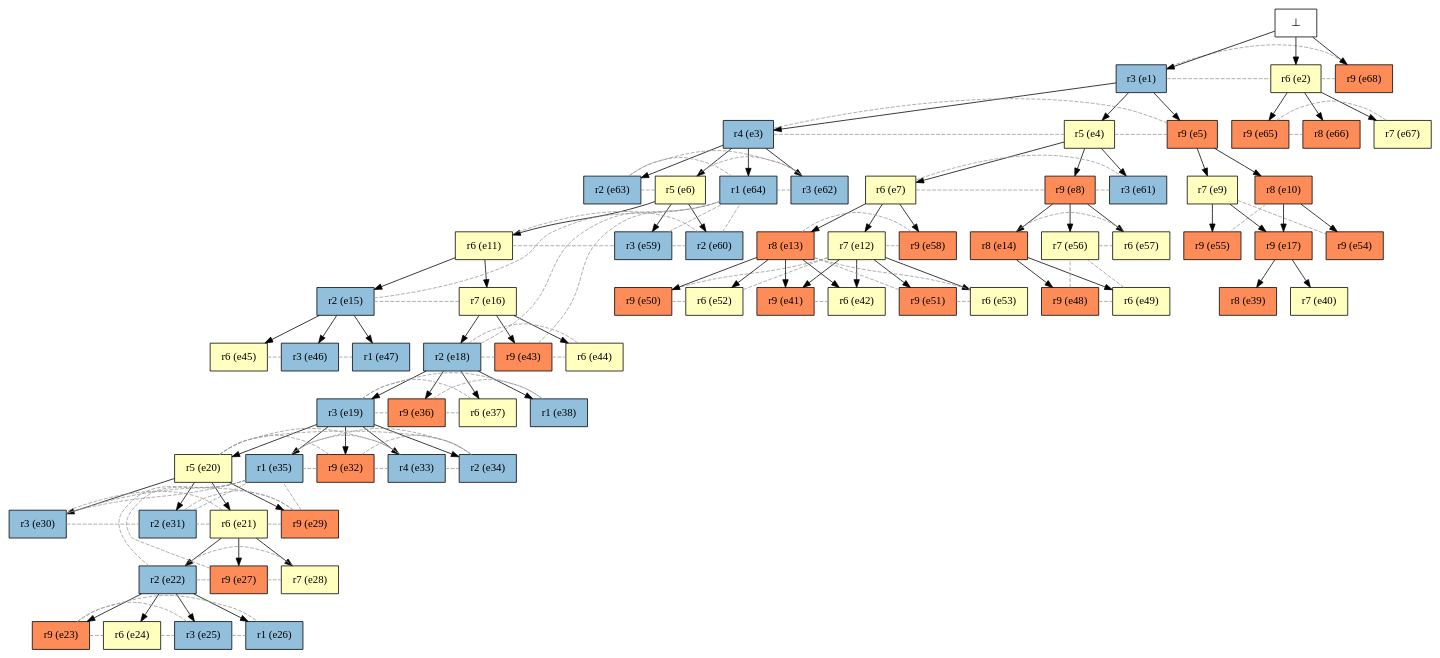
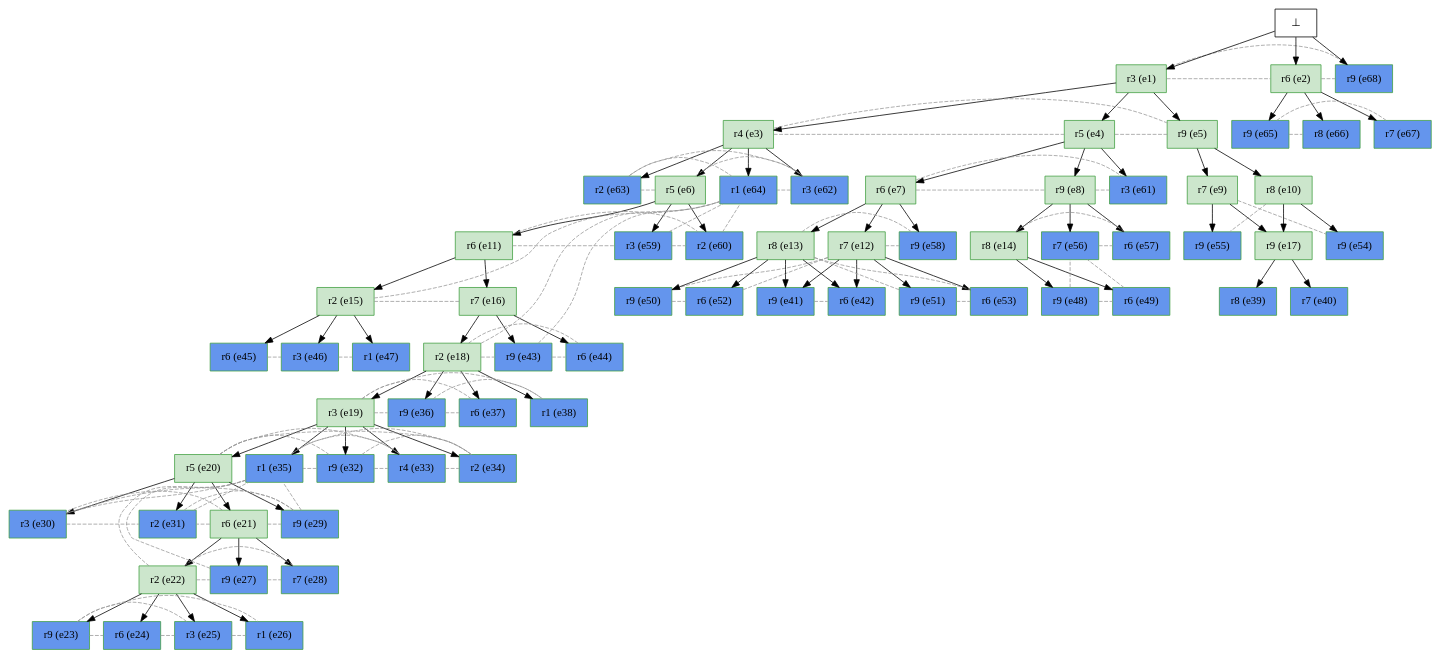
One commit to giannkas/ecofolder changed the diagram in examples/termites/termites_pr_eg_unf.dot. Above: the diagram before and after it, drawn with Graphviz. The commit also changed 13 other files, not shown here.

```diff
--- a/examples/termites/termites_pr_eg_unf.dot
+++ b/examples/termites/termites_pr_eg_unf.dot
@@ -152,73 +152,73 @@
   e65 -> e66 [arrowhead=none color=gray60 style=dashed constraint=false];
   e65 -> e67 [arrowhead=none color=gray60 style=dashed constraint=false];
 
-  e1 [color="black" fillcolor="#91bfdc" label="r3 (e1)" shape=box style=filled];
-  e2 [color="black" fillcolor="#ffffbf" label="r6 (e2)" shape=box style=filled];
-  e3 [color="black" fillcolor="#91bfdc" label="r4 (e3)" shape=box style=filled];
-  e4 [color="black" fillcolor="#ffffbf" label="r5 (e4)" shape=box style=filled];
-  e5 [color="black" fillcolor="#fd8c59" label="r9 (e5)" shape=box style=filled];
-  e6 [color="black" fillcolor="#ffffbf" label="r5 (e6)" shape=box style=filled];
-  e7 [color="black" fillcolor="#ffffbf" label="r6 (e7)" shape=box style=filled];
-  e8 [color="black" fillcolor="#fd8c59" label="r9 (e8)" shape=box style=filled];
-  e9 [color="black" fillcolor="#ffffbf" label="r7 (e9)" shape=box style=filled];
-  e10 [color="black" fillcolor="#fd8c59" label="r8 (e10)" shape=box style=filled];
-  e11 [color="black" fillcolor="#ffffbf" label="r6 (e11)" shape=box style=filled];
-  e12 [color="black" fillcolor="#ffffbf" label="r7 (e12)" shape=box style=filled];
-  e13 [color="black" fillcolor="#fd8c59" label="r8 (e13)" shape=box style=filled];
-  e14 [color="black" fillcolor="#fd8c59" label="r8 (e14)" shape=box style=filled];
-  e15 [color="black" fillcolor="#91bfdc" label="r2 (e15)" shape=box style=filled];
-  e16 [color="black" fillcolor="#ffffbf" label="r7 (e16)" shape=box style=filled];
-  e17 [color="black" fillcolor="#fd8c59" label="r9 (e17)" shape=box style=filled];
-  e18 [color="black" fillcolor="#91bfdc" label="r2 (e18)" shape=box style=filled];
-  e19 [color="black" fillcolor="#91bfdc" label="r3 (e19)" shape=box style=filled];
-  e20 [color="black" fillcolor="#ffffbf" label="r5 (e20)" shape=box style=filled];
-  e21 [color="black" fillcolor="#ffffbf" label="r6 (e21)" shape=box style=filled];
-  e22 [color="black" fillcolor="#91bfdc" label="r2 (e22)" shape=box style=filled];
-  e23 [color="black" fillcolor="#fd8c59" label="r9 (e23)" shape=box style=filled];
-  e24 [color="black" fillcolor="#ffffbf" label="r6 (e24)" shape=box style=filled];
-  e25 [color="black" fillcolor="#91bfdc" label="r3 (e25)" shape=box style=filled];
-  e26 [color="black" fillcolor="#91bfdc" label="r1 (e26)" shape=box style=filled];
-  e27 [color="black" fillcolor="#fd8c59" label="r9 (e27)" shape=box style=filled];
-  e28 [color="black" fillcolor="#ffffbf" label="r7 (e28)" shape=box style=filled];
-  e29 [color="black" fillcolor="#fd8c59" label="r9 (e29)" shape=box style=filled];
-  e30 [color="black" fillcolor="#91bfdc" label="r3 (e30)" shape=box style=filled];
-  e31 [color="black" fillcolor="#91bfdc" label="r2 (e31)" shape=box style=filled];
-  e32 [color="black" fillcolor="#fd8c59" label="r9 (e32)" shape=box style=filled];
-  e33 [color="black" fillcolor="#91bfdc" label="r4 (e33)" shape=box style=filled];
-  e34 [color="black" fillcolor="#91bfdc" label="r2 (e34)" shape=box style=filled];
-  e35 [color="black" fillcolor="#91bfdc" label="r1 (e35)" shape=box style=filled];
-  e36 [color="black" fillcolor="#fd8c59" label="r9 (e36)" shape=box style=filled];
-  e37 [color="black" fillcolor="#ffffbf" label="r6 (e37)" shape=box style=filled];
-  e38 [color="black" fillcolor="#91bfdc" label="r1 (e38)" shape=box style=filled];
-  e39 [color="black" fillcolor="#fd8c59" label="r8 (e39)" shape=box style=filled];
-  e40 [color="black" fillcolor="#ffffbf" label="r7 (e40)" shape=box style=filled];
-  e41 [color="black" fillcolor="#fd8c59" label="r9 (e41)" shape=box style=filled];
-  e42 [color="black" fillcolor="#ffffbf" label="r6 (e42)" shape=box style=filled];
-  e43 [color="black" fillcolor="#fd8c59" label="r9 (e43)" shape=box style=filled];
-  e44 [color="black" fillcolor="#ffffbf" label="r6 (e44)" shape=box style=filled];
-  e45 [color="black" fillcolor="#ffffbf" label="r6 (e45)" shape=box style=filled];
-  e46 [color="black" fillcolor="#91bfdc" label="r3 (e46)" shape=box style=filled];
-  e47 [color="black" fillcolor="#91bfdc" label="r1 (e47)" shape=box style=filled];
-  e48 [color="black" fillcolor="#fd8c59" label="r9 (e48)" shape=box style=filled];
-  e49 [color="black" fillcolor="#ffffbf" label="r6 (e49)" shape=box style=filled];
-  e50 [color="black" fillcolor="#fd8c59" label="r9 (e50)" shape=box style=filled];
-  e51 [color="black" fillcolor="#fd8c59" label="r9 (e51)" shape=box style=filled];
-  e52 [color="black" fillcolor="#ffffbf" label="r6 (e52)" shape=box style=filled];
-  e53 [color="black" fillcolor="#ffffbf" label="r6 (e53)" shape=box style=filled];
-  e54 [color="black" fillcolor="#fd8c59" label="r9 (e54)" shape=box style=filled];
-  e55 [color="black" fillcolor="#fd8c59" label="r9 (e55)" shape=box style=filled];
-  e56 [color="black" fillcolor="#ffffbf" label="r7 (e56)" shape=box style=filled];
-  e57 [color="black" fillcolor="#ffffbf" label="r6 (e57)" shape=box style=filled];
-  e58 [color="black" fillcolor="#fd8c59" label="r9 (e58)" shape=box style=filled];
-  e59 [color="black" fillcolor="#91bfdc" label="r3 (e59)" shape=box style=filled];
-  e60 [color="black" fillcolor="#91bfdc" label="r2 (e60)" shape=box style=filled];
-  e61 [color="black" fillcolor="#91bfdc" label="r3 (e61)" shape=box style=filled];
-  e62 [color="black" fillcolor="#91bfdc" label="r3 (e62)" shape=box style=filled];
-  e63 [color="black" fillcolor="#91bfdc" label="r2 (e63)" shape=box style=filled];
-  e64 [color="black" fillcolor="#91bfdc" label="r1 (e64)" shape=box style=filled];
-  e65 [color="black" fillcolor="#fd8c59" label="r9 (e65)" shape=box style=filled];
-  e66 [color="black" fillcolor="#fd8c59" label="r8 (e66)" shape=box style=filled];
-  e67 [color="black" fillcolor="#ffffbf" label="r7 (e67)" shape=box style=filled];
-  e68 [color="black" fillcolor="#fd8c59" label="r9 (e68)" shape=box style=filled];
-  e0 [fillcolor=white label="⊥" shape=box style=filled];
+  e1 [color="#409f40" fillcolor="#cce6cc:#cce6cc" label="r3 (e1)" shape=box style=filled];
+  e2 [color="#409f40" fillcolor="#cce6cc:#cce6cc" label="r6 (e2)" shape=box style=filled];
+  e3 [color="#409f40" fillcolor="#cce6cc:#cce6cc" label="r4 (e3)" shape=box style=filled];
+  e4 [color="#409f40" fillcolor="#cce6cc:#cce6cc" label="r5 (e4)" shape=box style=filled];
+  e5 [color="#409f40" fillcolor="#cce6cc:#cce6cc" label="r9 (e5)" shape=box style=filled];
+  e6 [color="#409f40" fillcolor="#cce6cc:#cce6cc" label="r5 (e6)" shape=box style=filled];
+  e7 [color="#409f40" fillcolor="#cce6cc:#cce6cc" label="r6 (e7)" shape=box style=filled];
+  e8 [color="#409f40" fillcolor="#cce6cc:#cce6cc" label="r9 (e8)" shape=box style=filled];
+  e9 [color="#409f40" fillcolor="#cce6cc:#cce6cc" label="r7 (e9)" shape=box style=filled];
+  e10 [color="#409f40" fillcolor="#cce6cc:#cce6cc" label="r8 (e10)" shape=box style=filled];
+  e11 [color="#409f40" fillcolor="#cce6cc:#cce6cc" label="r6 (e11)" shape=box style=filled];
+  e12 [color="#409f40" fillcolor="#cce6cc:#cce6cc" label="r7 (e12)" shape=box style=filled];
+  e13 [color="#409f40" fillcolor="#cce6cc:#cce6cc" label="r8 (e13)" shape=box style=filled];
+  e14 [color="#409f40" fillcolor="#cce6cc:#cce6cc" label="r8 (e14)" shape=box style=filled];
+  e15 [color="#409f40" fillcolor="#cce6cc:#cce6cc" label="r2 (e15)" shape=box style=filled];
+  e16 [color="#409f40" fillcolor="#cce6cc:#cce6cc" label="r7 (e16)" shape=box style=filled];
+  e17 [color="#409f40" fillcolor="#cce6cc:#cce6cc" label="r9 (e17)" shape=box style=filled];
+  e18 [color="#409f40" fillcolor="#cce6cc:#cce6cc" label="r2 (e18)" shape=box style=filled];
+  e19 [color="#409f40" fillcolor="#cce6cc:#cce6cc" label="r3 (e19)" shape=box style=filled];
+  e20 [color="#409f40" fillcolor="#cce6cc:#cce6cc" label="r5 (e20)" shape=box style=filled];
+  e21 [color="#409f40" fillcolor="#cce6cc:#cce6cc" label="r6 (e21)" shape=box style=filled];
+  e22 [color="#409f40" fillcolor="#cce6cc:#cce6cc" label="r2 (e22)" shape=box style=filled];
+  e23 [color="#409f40" fillcolor="cornflowerblue:cornflowerblue" label="r9 (e23)" shape=box style=filled];
+  e24 [color="#409f40" fillcolor="cornflowerblue:cornflowerblue" label="r6 (e24)" shape=box style=filled];
+  e25 [color="#409f40" fillcolor="cornflowerblue:cornflowerblue" label="r3 (e25)" shape=box style=filled];
+  e26 [color="#409f40" fillcolor="cornflowerblue:cornflowerblue" label="r1 (e26)" shape=box style=filled];
+  e27 [color="#409f40" fillcolor="cornflowerblue:cornflowerblue" label="r9 (e27)" shape=box style=filled];
+  e28 [color="#409f40" fillcolor="cornflowerblue:cornflowerblue" label="r7 (e28)" shape=box style=filled];
+  e29 [color="#409f40" fillcolor="cornflowerblue:cornflowerblue" label="r9 (e29)" shape=box style=filled];
+  e30 [color="#409f40" fillcolor="cornflowerblue:cornflowerblue" label="r3 (e30)" shape=box style=filled];
+  e31 [color="#409f40" fillcolor="cornflowerblue:cornflowerblue" label="r2 (e31)" shape=box style=filled];
+  e32 [color="#409f40" fillcolor="cornflowerblue:cornflowerblue" label="r9 (e32)" shape=box style=filled];
+  e33 [color="#409f40" fillcolor="cornflowerblue:cornflowerblue" label="r4 (e33)" shape=box style=filled];
+  e34 [color="#409f40" fillcolor="cornflowerblue:cornflowerblue" label="r2 (e34)" shape=box style=filled];
+  e35 [color="#409f40" fillcolor="cornflowerblue:cornflowerblue" label="r1 (e35)" shape=box style=filled];
+  e36 [color="#409f40" fillcolor="cornflowerblue:cornflowerblue" label="r9 (e36)" shape=box style=filled];
+  e37 [color="#409f40" fillcolor="cornflowerblue:cornflowerblue" label="r6 (e37)" shape=box style=filled];
+  e38 [color="#409f40" fillcolor="cornflowerblue:cornflowerblue" label="r1 (e38)" shape=box style=filled];
+  e39 [color="#409f40" fillcolor="cornflowerblue:cornflowerblue" label="r8 (e39)" shape=box style=filled];
+  e40 [color="#409f40" fillcolor="cornflowerblue:cornflowerblue" label="r7 (e40)" shape=box style=filled];
+  e41 [color="#409f40" fillcolor="cornflowerblue:cornflowerblue" label="r9 (e41)" shape=box style=filled];
+  e42 [color="#409f40" fillcolor="cornflowerblue:cornflowerblue" label="r6 (e42)" shape=box style=filled];
+  e43 [color="#409f40" fillcolor="cornflowerblue:cornflowerblue" label="r9 (e43)" shape=box style=filled];
+  e44 [color="#409f40" fillcolor="cornflowerblue:cornflowerblue" label="r6 (e44)" shape=box style=filled];
+  e45 [color="#409f40" fillcolor="cornflowerblue:cornflowerblue" label="r6 (e45)" shape=box style=filled];
+  e46 [color="#409f40" fillcolor="cornflowerblue:cornflowerblue" label="r3 (e46)" shape=box style=filled];
+  e47 [color="#409f40" fillcolor="cornflowerblue:cornflowerblue" label="r1 (e47)" shape=box style=filled];
+  e48 [color="#409f40" fillcolor="cornflowerblue:cornflowerblue" label="r9 (e48)" shape=box style=filled];
+  e49 [color="#409f40" fillcolor="cornflowerblue:cornflowerblue" label="r6 (e49)" shape=box style=filled];
+  e50 [color="#409f40" fillcolor="cornflowerblue:cornflowerblue" label="r9 (e50)" shape=box style=filled];
+  e51 [color="#409f40" fillcolor="cornflowerblue:cornflowerblue" label="r9 (e51)" shape=box style=filled];
+  e52 [color="#409f40" fillcolor="cornflowerblue:cornflowerblue" label="r6 (e52)" shape=box style=filled];
+  e53 [color="#409f40" fillcolor="cornflowerblue:cornflowerblue" label="r6 (e53)" shape=box style=filled];
+  e54 [color="#409f40" fillcolor="cornflowerblue:cornflowerblue" label="r9 (e54)" shape=box style=filled];
+  e55 [color="#409f40" fillcolor="cornflowerblue:cornflowerblue" label="r9 (e55)" shape=box style=filled];
+  e56 [color="#409f40" fillcolor="cornflowerblue:cornflowerblue" label="r7 (e56)" shape=box style=filled];
+  e57 [color="#409f40" fillcolor="cornflowerblue:cornflowerblue" label="r6 (e57)" shape=box style=filled];
+  e58 [color="#409f40" fillcolor="cornflowerblue:cornflowerblue" label="r9 (e58)" shape=box style=filled];
+  e59 [color="#409f40" fillcolor="cornflowerblue:cornflowerblue" label="r3 (e59)" shape=box style=filled];
+  e60 [color="#409f40" fillcolor="cornflowerblue:cornflowerblue" label="r2 (e60)" shape=box style=filled];
+  e61 [color="#409f40" fillcolor="cornflowerblue:cornflowerblue" label="r3 (e61)" shape=box style=filled];
+  e62 [color="#409f40" fillcolor="cornflowerblue:cornflowerblue" label="r3 (e62)" shape=box style=filled];
+  e63 [color="#409f40" fillcolor="cornflowerblue:cornflowerblue" label="r2 (e63)" shape=box style=filled];
+  e64 [color="#409f40" fillcolor="cornflowerblue:cornflowerblue" label="r1 (e64)" shape=box style=filled];
+  e65 [color="#409f40" fillcolor="cornflowerblue:cornflowerblue" label="r9 (e65)" shape=box style=filled];
+  e66 [color="#409f40" fillcolor="cornflowerblue:cornflowerblue" label="r8 (e66)" shape=box style=filled];
+  e67 [color="#409f40" fillcolor="cornflowerblue:cornflowerblue" label="r7 (e67)" shape=box style=filled];
+  e68 [color="#409f40" fillcolor="cornflowerblue:cornflowerblue" label="r9 (e68)" shape=box style=filled];
+  e0 [fillcolor="white" label="⊥" shape=box style=filled];
 }
```
